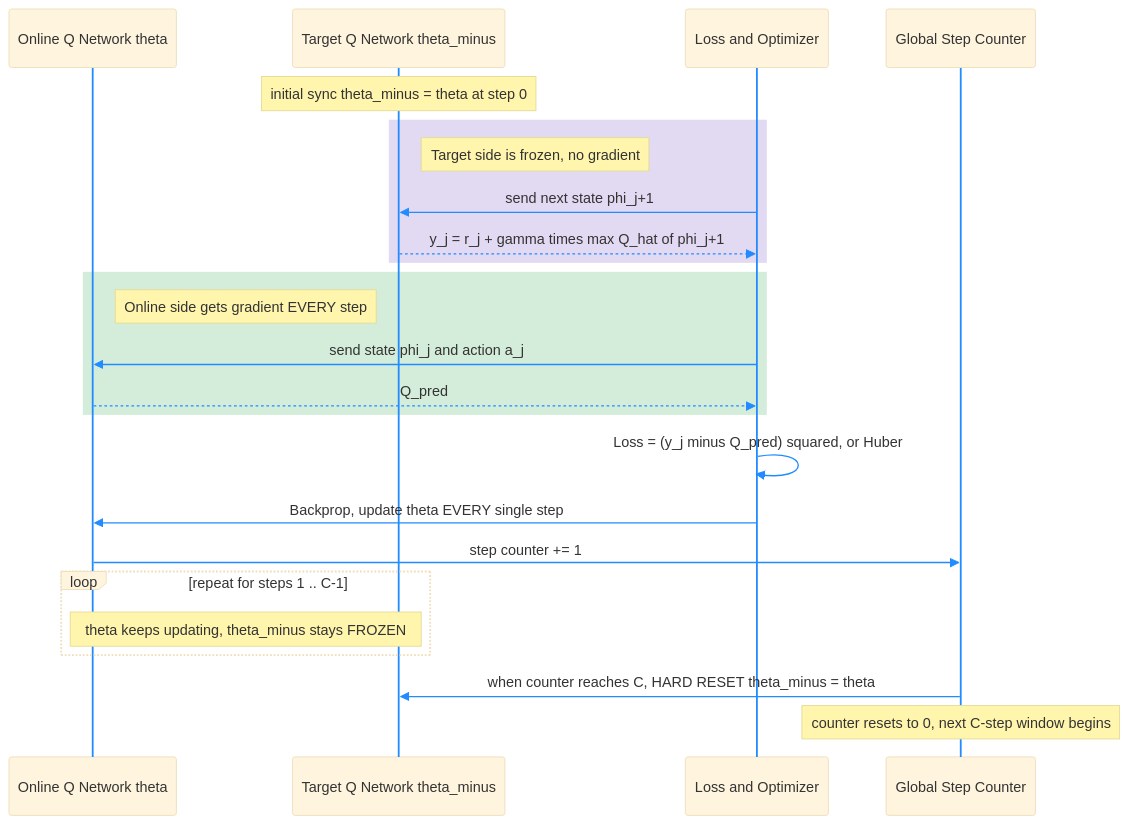
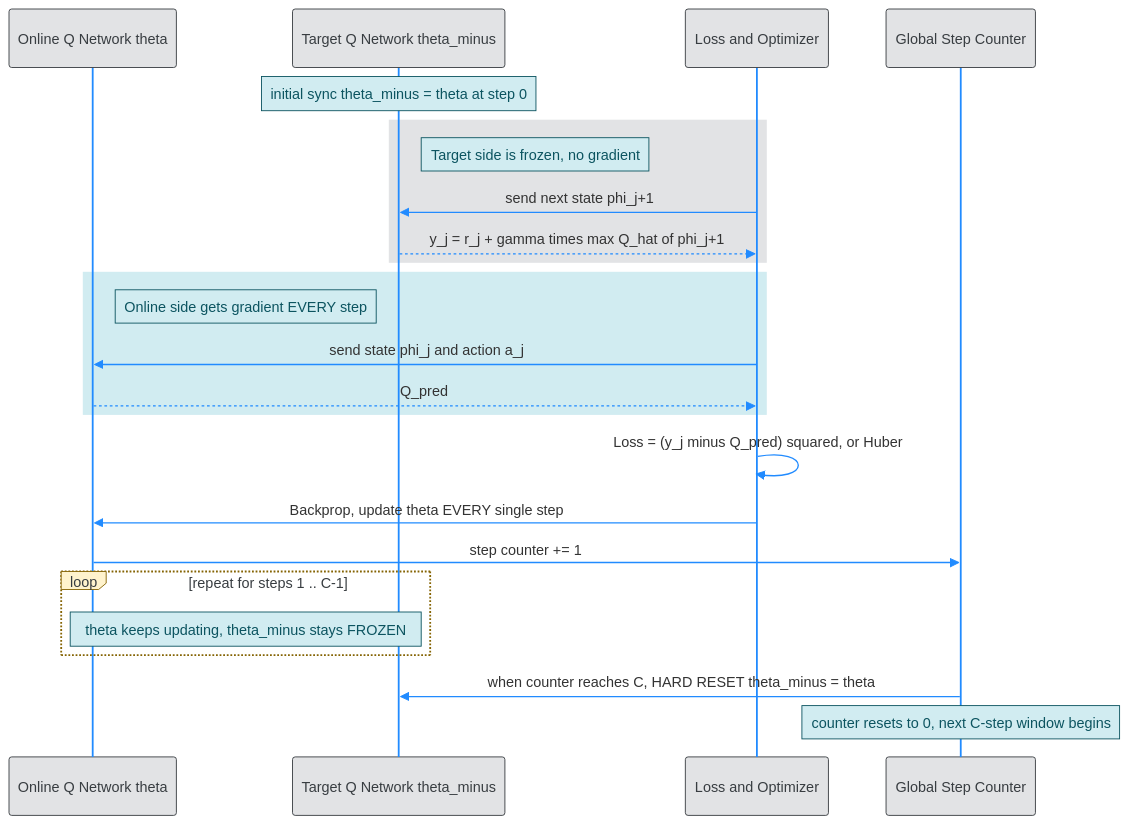
Before and after one commit to Open-Source-Robotics-For-Myanmar/rl: the third of 3 diagrams in Day81 RL python/02_Miguel Morales - Grokking Deep Reinforcement Learning/02_rl_with_dl/rom_photos/02_1_VB_DQN.md, drawn with Mermaid. The commit also changed other lines of this file and 12 other files, not shown here.

````diff
--- a/Day81 RL python/02_Miguel Morales - Grokking Deep Reinforcement Learning/02_rl_with_dl/rom_photos/02_1_VB_DQN.md
+++ b/Day81 RL python/02_Miguel Morales - Grokking Deep Reinforcement Learning/02_rl_with_dl/rom_photos/02_1_VB_DQN.md
@@ -157,28 +186,28 @@
 ```mermaid
-%%{init: {'theme': 'base', 'themeVariables': { 'lineColor': '#218bff', 'signalColor': '#218bff', 'actorLineColor': '#218bff', 'loopLineColor': '#218bff'}}}%%
+%%{init: {"theme": "base", "themeVariables": {"lineColor": "#218bff", "signalColor": "#218bff", "actorLineColor": "#218bff", "loopLineColor": "#218bff", "actorBkg": "#e2e3e5", "actorBorder": "#383d41", "actorTextColor": "#383d41", "noteBkgColor": "#d1ecf1", "noteBorderColor": "#0c5460", "noteTextColor": "#0c5460", "labelBoxBkgColor": "#fff3cd", "labelBoxBorderColor": "#856404"}, "themeCSS": "rect.actor[name=\"Onl\"] { fill: #d4edda !important; stroke: #155724 !important; } rect.actor[name=\"Onl\"] + text { fill: #155724 !important; } rect.actor[name=\"Tgt\"] { fill: #e2d9f3 !important; stroke: #4b0082 !important; } rect.actor[name=\"Tgt\"] + text { fill: #4b0082 !important; } "}}%%
 sequenceDiagram
     participant Onl as Online Q Network theta
     participant Tgt as Target Q Network theta_minus
     participant L as Loss and Optimizer
     participant Cnt as Global Step Counter
 
     Note over Tgt: initial sync theta_minus = theta at step 0
-    rect rgb(226, 217, 243)
+    rect rgb(226, 227, 229)
     Note right of Tgt: Target side is frozen, no gradient
     L->>Tgt: send next state phi_j+1
     Tgt-->>L: y_j = r_j + gamma times max Q_hat of phi_j+1
     end
-    rect rgb(212, 237, 218)
+    rect rgb(209, 236, 241)
     Note right of Onl: Online side gets gradient EVERY step
     L->>Onl: send state phi_j and action a_j
     Onl-->>L: Q_pred
     end
     L->>L: Loss = (y_j minus Q_pred) squared, or Huber
     L->>Onl: Backprop, update theta EVERY single step
     Onl->>Cnt: step counter += 1
     loop repeat for steps 1 .. C-1
         Note over Onl,Tgt: theta keeps updating, theta_minus stays FROZEN
     end
     Cnt->>Tgt: when counter reaches C, HARD RESET theta_minus = theta
     Note over Cnt: counter resets to 0, next C-step window begins
 ```
````
